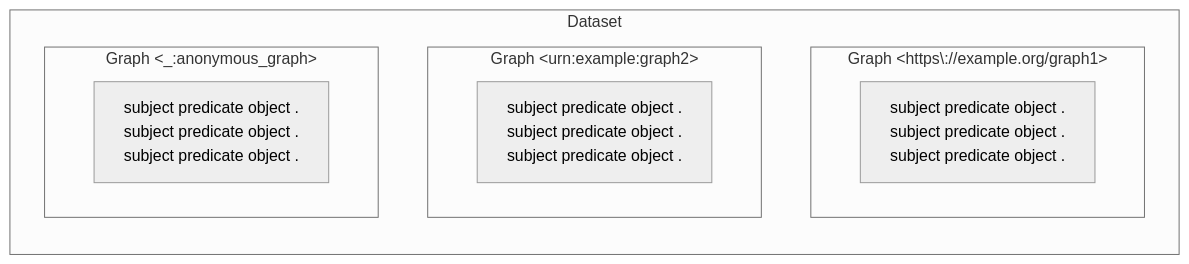
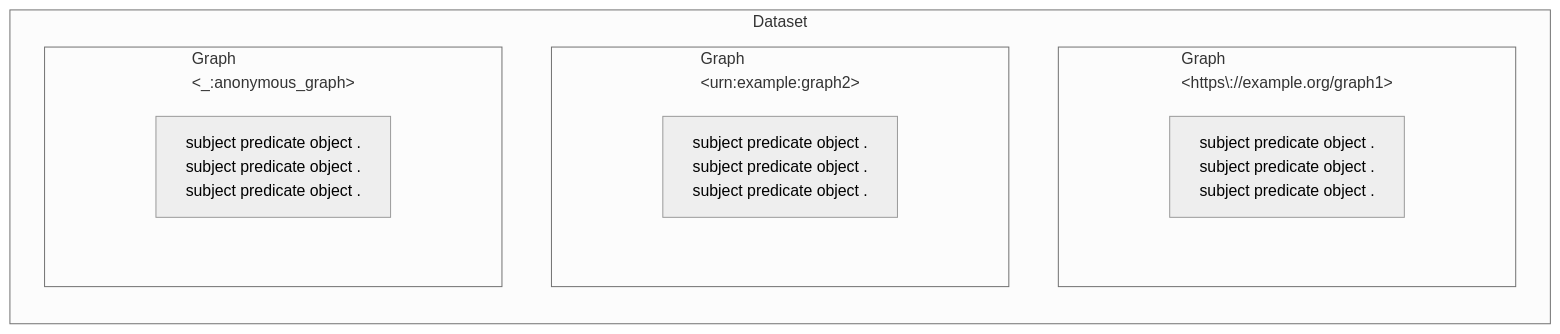
The third of 4 diagrams in sparql-101/02-semantics.md (ioggstream/python-course), drawn with Mermaid (neutral theme) before and after one commit. The commit also changed other lines of this file and 18 other files, not shown here.

````diff
--- a/sparql-101/02-semantics.md
+++ b/sparql-101/02-semantics.md
@@ -172,27 +112,37 @@
 ```mermaid
 graph LR
 
+classDef pad fill:none,stroke:none;
+
 subgraph Dataset
-  subgraph Graph1["Graph &lt;https\://example.org/graph1&gt;"]
+  subgraph Graph1["Graph <br/>&lt;https\://example.org/graph1&gt;"]
+  subgraph p1[ ]
     t1[
     subject predicate object .
     subject predicate object .
     subject predicate object .
     ]
+    end
   end
-  subgraph Graph2[Graph &lt;urn:example:graph2&gt;]
+  subgraph Graph2[Graph <br/>&lt;urn:example:graph2&gt;]
+  subgraph p2[ ]
     t2[
     subject predicate object .
     subject predicate object .
     subject predicate object .
     ]
   end
-  subgraph Graph3[Graph &lt;_:anonymous_graph&gt;]
+  end
+  subgraph Graph3[Graph <br/>&lt;_:anonymous_graph&gt;]
+  subgraph p3[ ]
   t3[
   subject predicate object .
   subject predicate object .
   subject predicate object .
   ]
   end
+  end
 end
+
+class p1,p2,p3 pad;
 ```
````
